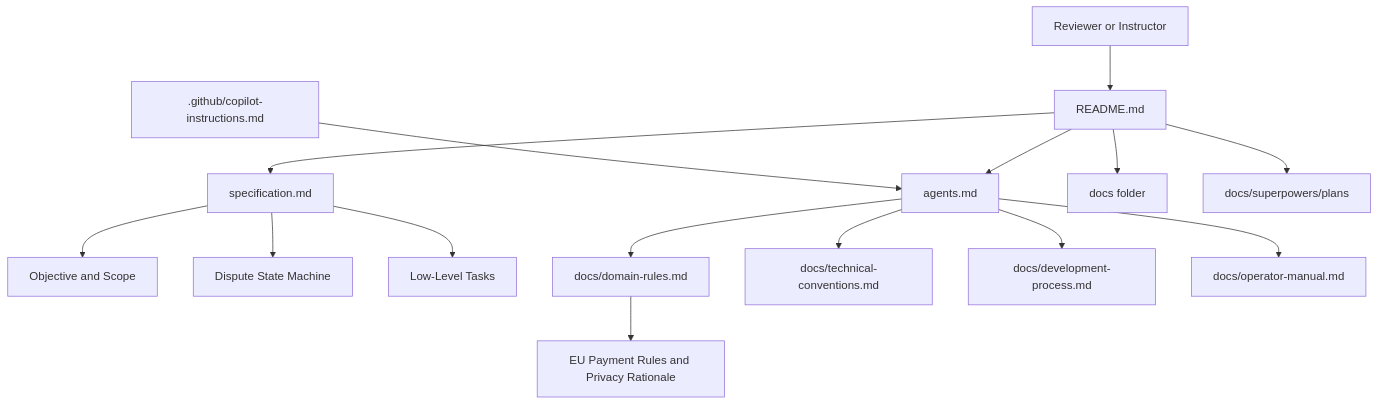
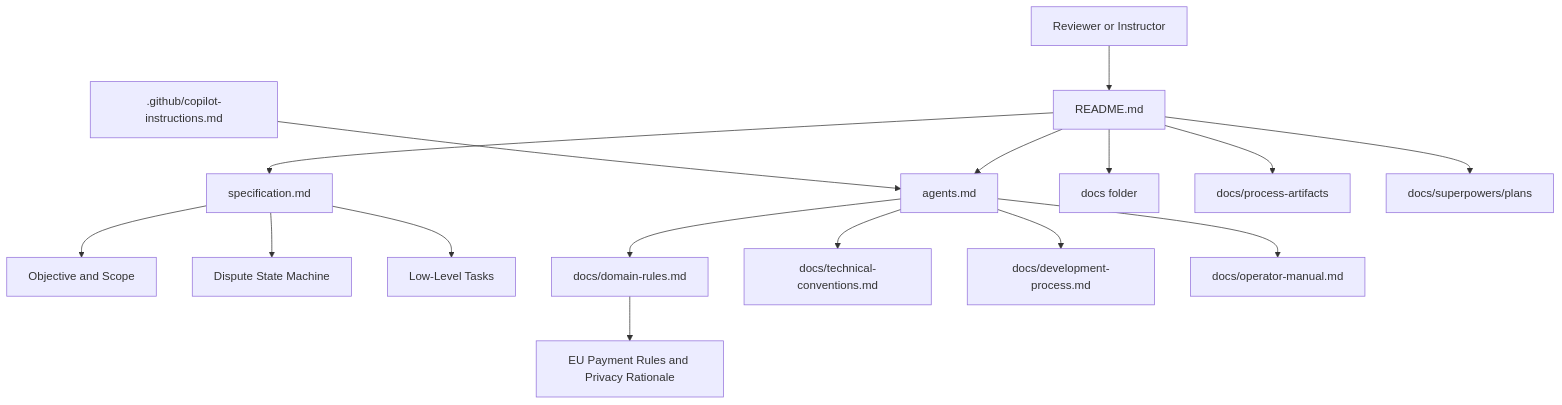
The diagram in homework-3/README.md (itxyzzz/gen-ai-se-hw), drawn with Mermaid before and after one commit. The commit also changed other lines of this file and 12 other files, not shown here.

````diff
--- a/homework-3/README.md
+++ b/homework-3/README.md
@@ -15,17 +15,18 @@
 ```mermaid
 flowchart TB
     Reviewer[Reviewer or Instructor] --> Readme[README.md]
     Readme --> Spec[specification.md]
     Spec --> Objective[Objective and Scope]
     Spec --> States[Dispute State Machine]
     Spec --> Tasks[Low-Level Tasks]
     Readme --> Agents[agents.md]
     Readme --> Docs[docs folder]
+    Readme --> ProcessArtifacts[docs/process-artifacts]
     Readme --> Archive[docs/superpowers/plans]
     Agents --> Domain[docs/domain-rules.md]
     Agents --> Technical[docs/technical-conventions.md]
     Agents --> Process[docs/development-process.md]
     Agents --> Operator[docs/operator-manual.md]
     Copilot[.github/copilot-instructions.md] --> Agents
     Domain --> Regs[EU Payment Rules and Privacy Rationale]
 ```
````
